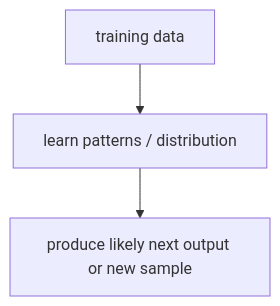
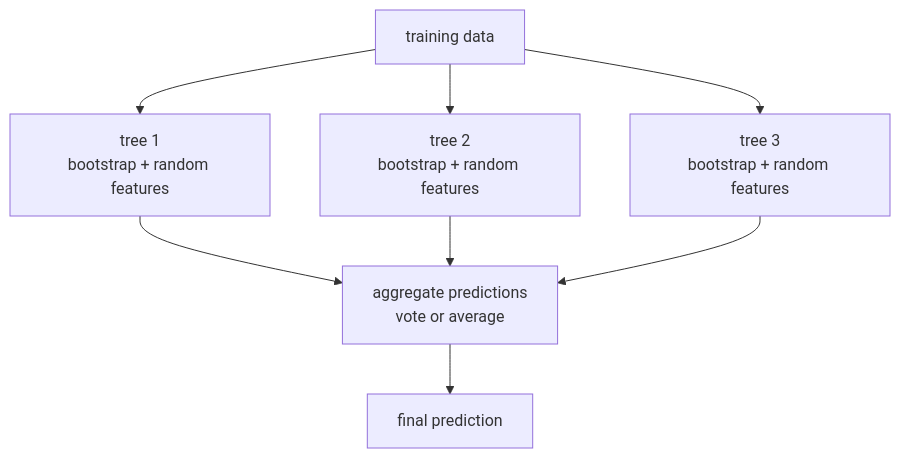
The first of 2 diagrams in docs/parts/part-04/chapter-15/section-01.md (devchan64/AiBook), drawn with Mermaid before and after one commit. The commit also changed other lines of this file and 213 other files, not shown here.

````diff
--- a/docs/parts/part-04/chapter-15/section-01.md
+++ b/docs/parts/part-04/chapter-15/section-01.md
@@ -159,9 +106,17 @@
 ```mermaid
 flowchart TD
   A["training data"]
-  B["learn patterns / distribution"]
-  C["produce likely next output or new sample"]
+  B["tree 1<br/>bootstrap + random features"]
+  C["tree 2<br/>bootstrap + random features"]
+  D["tree 3<br/>bootstrap + random features"]
+  E["aggregate predictions<br/>vote or average"]
+  F["final prediction"]
 
   A --> B
-  B --> C
+  A --> C
+  A --> D
+  B --> E
+  C --> E
+  D --> E
+  E --> F
 ```
````
